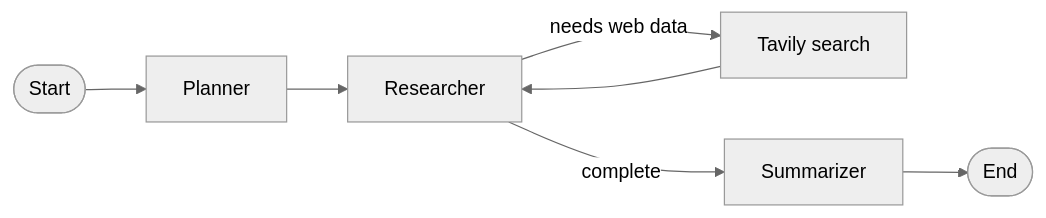
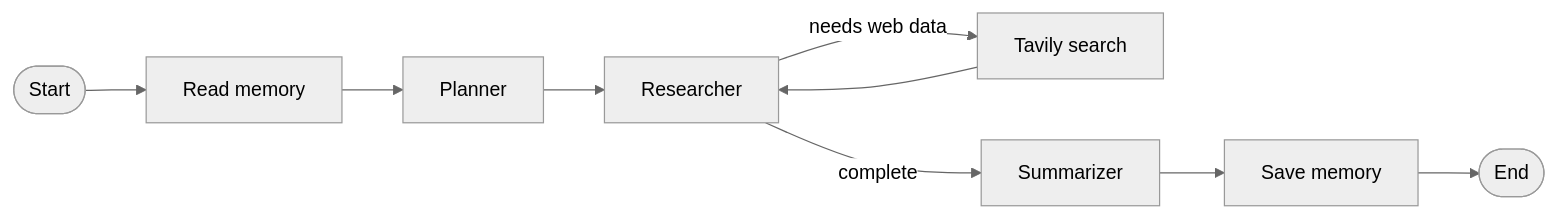
The diagram in README.md (rutangpatel/ai-researcher), drawn with Mermaid (neutral theme) before and after one commit. The commit also changed other lines of this file, not shown here.

Commit message:
docs: Updated with the latest information about the architectural change

````diff
--- a/README.md
+++ b/README.md
@@ -94,9 +105,11 @@
 ```mermaid
 flowchart LR
-	A([Start]) --> B[Planner]
-	B --> C[Researcher]
-	C -->|needs web data| D[Tavily search]
-	D --> C
-	C -->|complete| E[Summarizer]
-	E --> F([End])
+	A([Start]) --> B[Read memory]
+	B --> C[Planner]
+	C --> D[Researcher]
+	D -->|needs web data| E[Tavily search]
+	E --> D
+	D -->|complete| F[Summarizer]
+	F --> G[Save memory]
+	G --> H([End])
 ```
````
